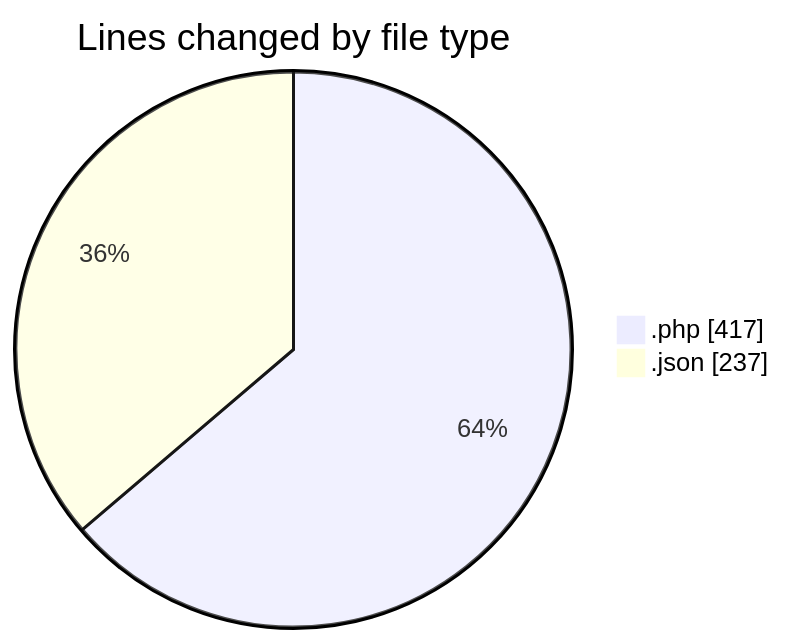
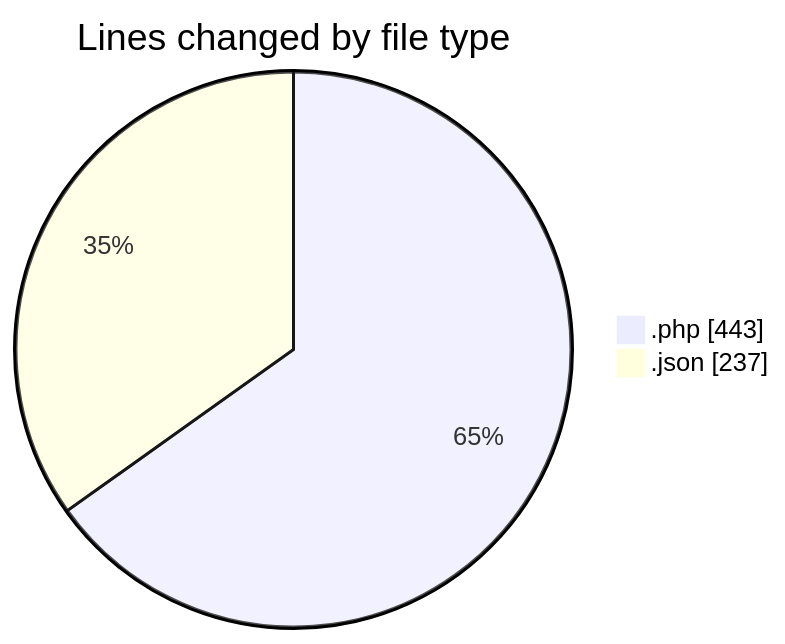
The first of 2 diagrams in 2025-06-07/studio-backend/README.md (idhammustaqopulfikri/code-tracking), drawn with Mermaid before and after one commit. The commit also changed other lines of this file and 1 other file, not shown here.

````diff
--- a/2025-06-07/studio-backend/README.md
+++ b/2025-06-07/studio-backend/README.md
@@ -27,6 +27,6 @@
 ```mermaid
 pie showData
 title Lines changed by file type
-".php" : 417
+".php" : 443
 ".json" : 237
 ```
````
